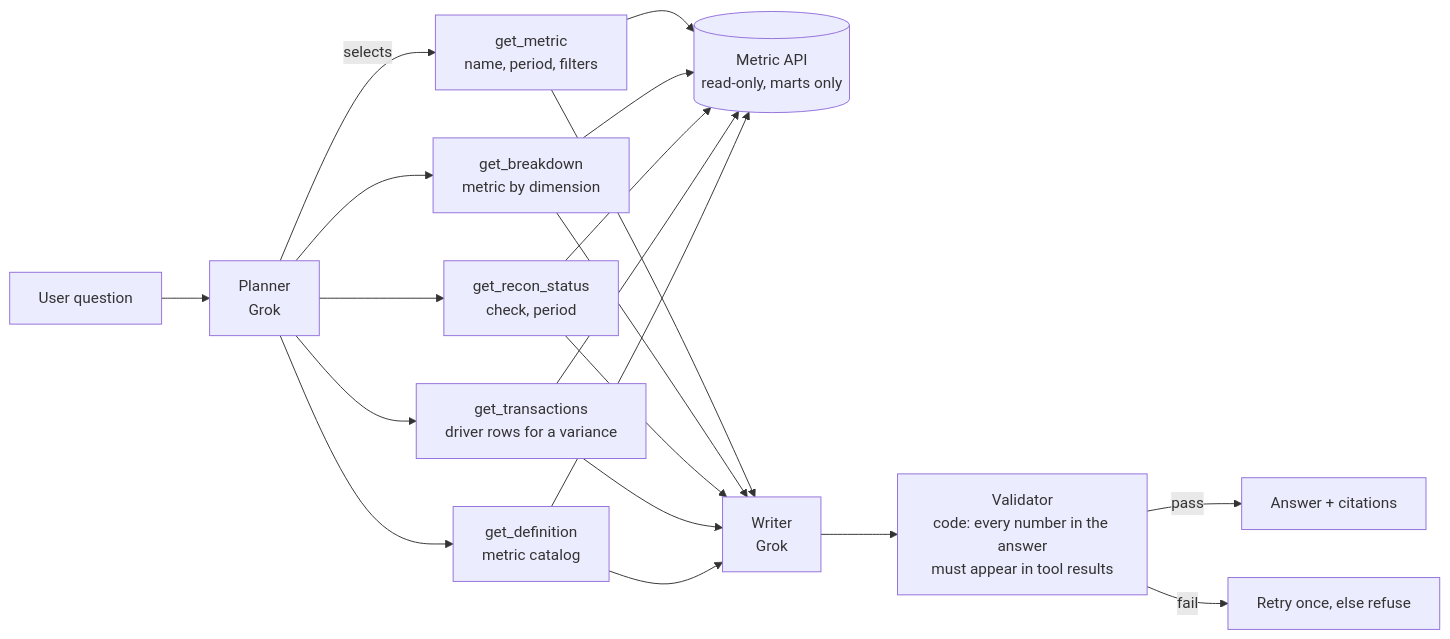
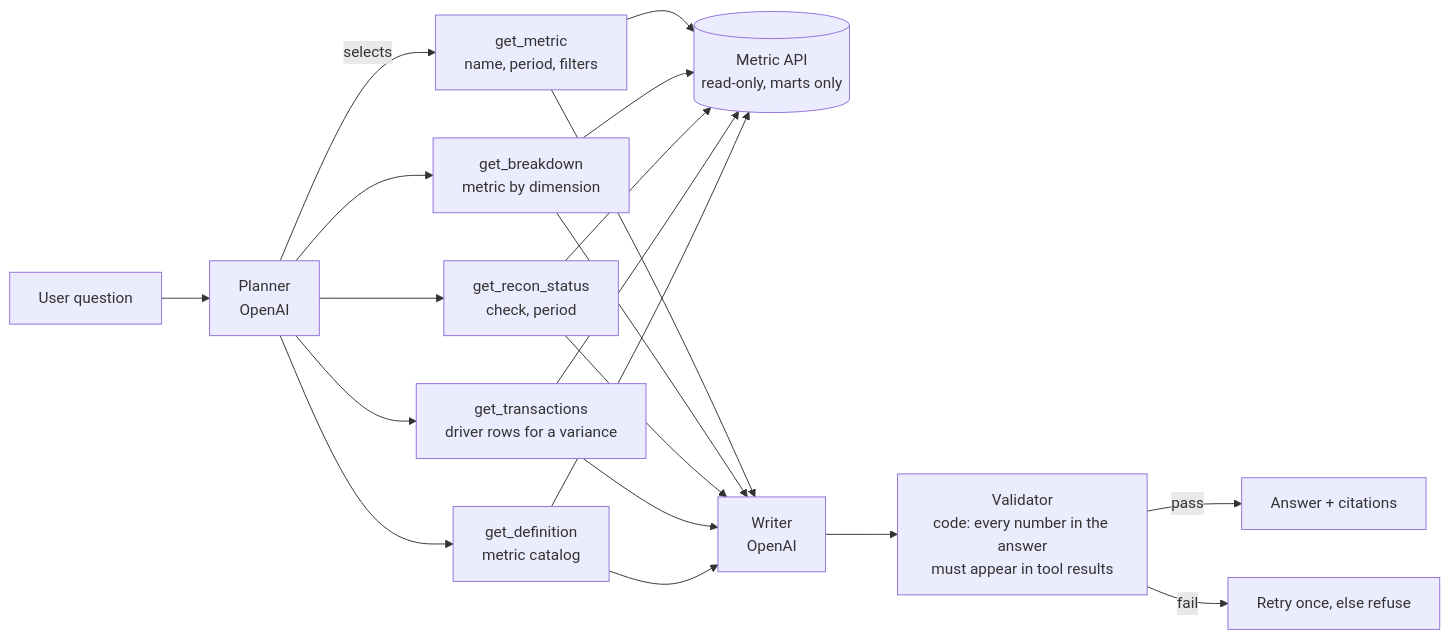
The seventh of 8 diagrams in docs/SYSTEM_DESIGN.md (sivram04/finance-os), drawn with Mermaid before and after one commit. The commit also changed other lines of this file and 206 other files, not shown here.

````diff
--- a/docs/SYSTEM_DESIGN.md
+++ b/docs/SYSTEM_DESIGN.md
@@ -718,14 +742,14 @@
 ```mermaid
 flowchart LR
-  Q[User question] --> P[Planner<br/>Grok]
+  Q[User question] --> P[Planner<br/>OpenAI]
   P -->|selects| T1[get_metric<br/>name, period, filters]
   P --> T2[get_breakdown<br/>metric by dimension]
   P --> T3[get_recon_status<br/>check, period]
   P --> T4[get_transactions<br/>driver rows for a variance]
   P --> T5[get_definition<br/>metric catalog]
   T1 & T2 & T3 & T4 & T5 --> MA[(Metric API<br/>read-only, marts only)]
-  T1 & T2 & T3 & T4 & T5 --> W[Writer<br/>Grok]
+  T1 & T2 & T3 & T4 & T5 --> W[Writer<br/>OpenAI]
   W --> V[Validator<br/>code: every number in the answer<br/>must appear in tool results]
   V -->|pass| A[Answer + citations]
   V -->|fail| R[Retry once, else refuse]
 ```
````
